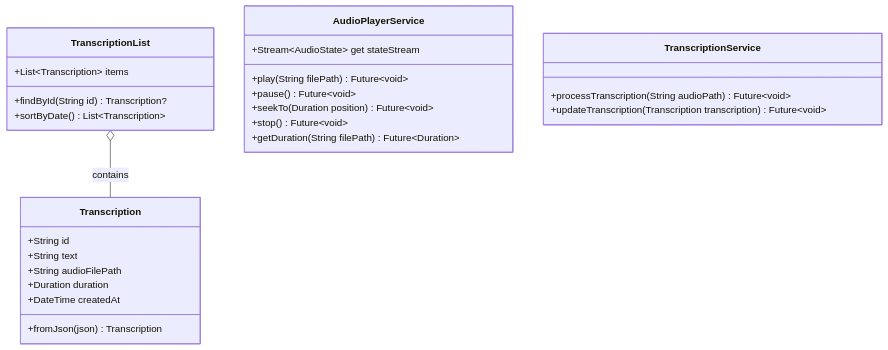
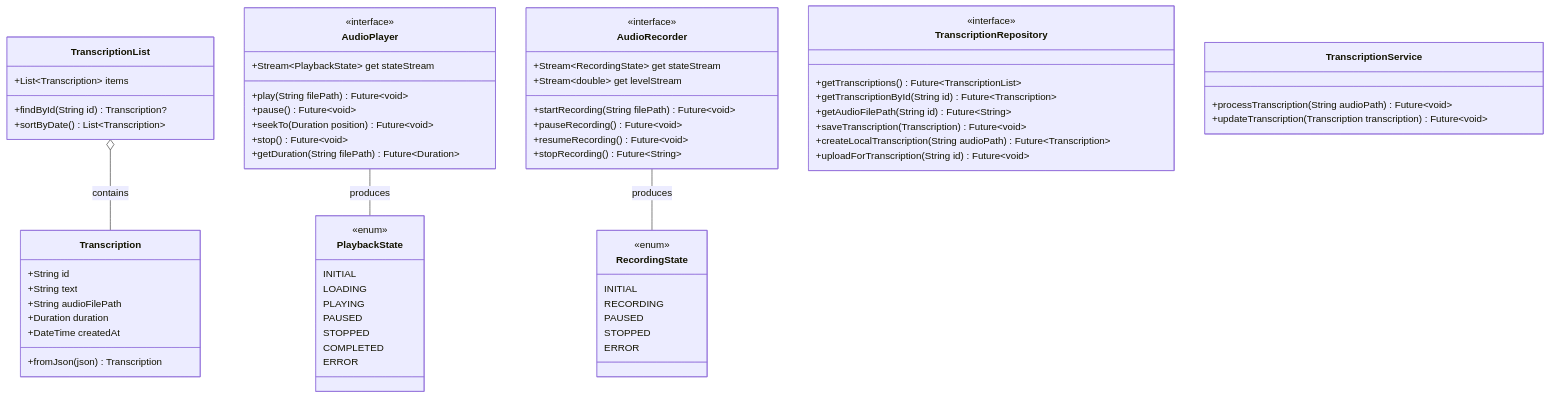
One commit to MediScribe/docjet-mobile changed the second of 9 diagrams in docs/new_architecture.md. Above: the diagram before and after it, drawn with Mermaid. The commit also changed other lines of this file and 1 other file, not shown here.

Commit message:
updated current and new architecture docs

````diff
--- a/docs/new_architecture.md
+++ b/docs/new_architecture.md
@@ -91,33 +108,76 @@
 ```mermaid
 classDiagram
     class Transcription {
         +String id
         +String text
         +String audioFilePath
         +Duration duration
         +DateTime createdAt
         +fromJson(json) Transcription
     }
     
     class TranscriptionList {
         +List~Transcription~ items
         +findById(String id) Transcription?
         +sortByDate() List~Transcription~
     }
     
-    class AudioPlayerService {
+    class AudioPlayer {
+        <<interface>>
         +play(String filePath) Future~void~
         +pause() Future~void~
         +seekTo(Duration position) Future~void~
         +stop() Future~void~
         +getDuration(String filePath) Future~Duration~
-        +Stream~AudioState~ get stateStream
+        +Stream~PlaybackState~ get stateStream
+    }
+    
+    class AudioRecorder {
+        <<interface>>
+        +startRecording(String filePath) Future~void~
+        +pauseRecording() Future~void~
+        +resumeRecording() Future~void~
+        +stopRecording() Future~String~
+        +Stream~RecordingState~ get stateStream
+        +Stream~double~ get levelStream
+    }
+    
+    class TranscriptionRepository {
+        <<interface>>
+        +getTranscriptions() Future~TranscriptionList~
+        +getTranscriptionById(String id) Future~Transcription~
+        +getAudioFilePath(String id) Future~String~
+        +saveTranscription(Transcription) Future~void~
+        +createLocalTranscription(String audioPath) Future~Transcription~
+        +uploadForTranscription(String id) Future~void~
     }
     
     class TranscriptionService {
         +processTranscription(String audioPath) Future~void~
         +updateTranscription(Transcription transcription) Future~void~
     }
     
+    class PlaybackState {
+        <<enum>>
+        INITIAL
+        LOADING
+        PLAYING
+        PAUSED
+        STOPPED
+        COMPLETED
+        ERROR
+    }
+    
+    class RecordingState {
+        <<enum>>
+        INITIAL
+        RECORDING
+        PAUSED
+        STOPPED
+        ERROR
+    }
+    
     TranscriptionList o-- Transcription : contains
+    AudioPlayer -- PlaybackState : produces
+    AudioRecorder -- RecordingState : produces
 ```
````
